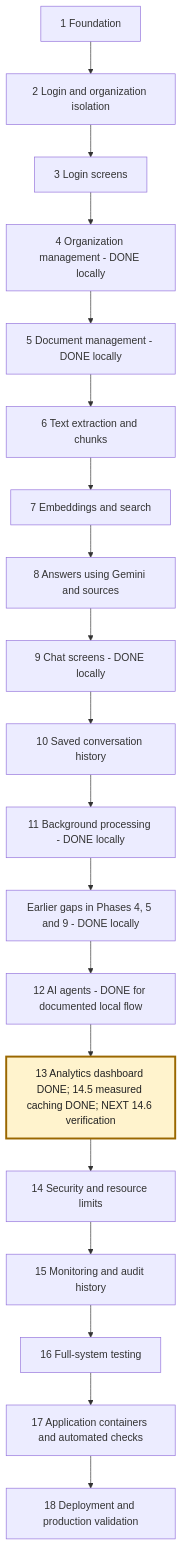
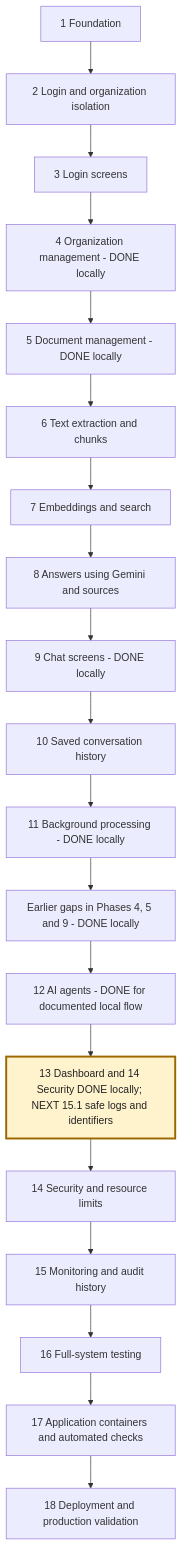
The second of 6 diagrams in NEXAAI_ROADMAP.md (msdian0007/nexaAi), drawn with Mermaid before and after one commit. The commit also changed other lines of this file and 7 other files, not shown here.

````diff
--- a/NEXAAI_ROADMAP.md
+++ b/NEXAAI_ROADMAP.md
@@ -203,22 +204,22 @@
 ```mermaid
 flowchart TD
     A[1 Foundation] --> B[2 Login and organization isolation]
     B --> C[3 Login screens]
     C --> D[4 Organization management - DONE locally]
     D --> E[5 Document management - DONE locally]
     E --> F[6 Text extraction and chunks]
     F --> G[7 Embeddings and search]
     G --> H[8 Answers using Gemini and sources]
     H --> I[9 Chat screens - DONE locally]
     I --> J[10 Saved conversation history]
     J --> K[11 Background processing - DONE locally]
     K --> L[Earlier gaps in Phases 4, 5 and 9 - DONE locally]
     L --> M[12 AI agents - DONE for documented local flow]
-    M --> N[13 Analytics dashboard DONE; 14.5 measured caching DONE; NEXT 14.6 verification]
+    M --> N[13 Dashboard and 14 Security DONE locally; NEXT 15.1 safe logs and identifiers]
     N --> O[14 Security and resource limits]
     O --> P[15 Monitoring and audit history]
     P --> Q[16 Full-system testing]
     Q --> R[17 Application containers and automated checks]
     R --> S[18 Deployment and production validation]
     style N fill:#fff3cd,stroke:#9a6700,stroke-width:3px,color:#222
 ```
````
